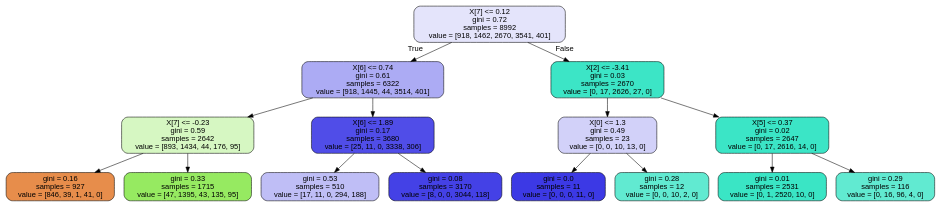
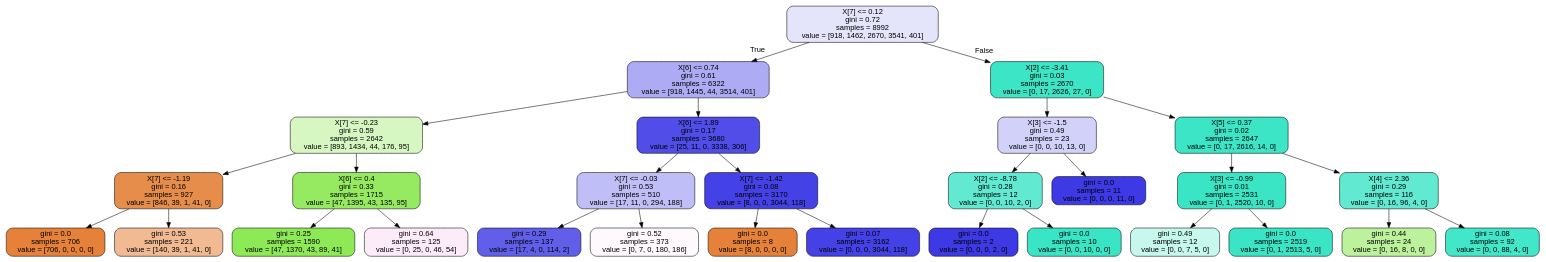
One commit to ericaltenburg/TXStateREU changed the diagram in tree.dot. Above: the diagram before and after it, drawn with Graphviz. The commit also changed 5 other files, not shown here.

```diff
--- a/tree.dot
+++ b/tree.dot
@@ -1,33 +1,61 @@
 digraph Tree {
 node [shape=box, style="filled, rounded", color="black", fontname=helvetica] ;
 edge [fontname=helvetica] ;
 0 [label="X[7] <= 0.12\ngini = 0.72\nsamples = 8992\nvalue = [918, 1462, 2670, 3541, 401]", fillcolor="#e4e4fb"] ;
 1 [label="X[6] <= 0.74\ngini = 0.61\nsamples = 6322\nvalue = [918, 1445, 44, 3514, 401]", fillcolor="#acabf4"] ;
 0 -> 1 [labeldistance=2.5, labelangle=45, headlabel="True"] ;
 2 [label="X[7] <= -0.23\ngini = 0.59\nsamples = 2642\nvalue = [893, 1434, 44, 176, 95]", fillcolor="#d6f7c2"] ;
 1 -> 2 ;
-3 [label="gini = 0.16\nsamples = 927\nvalue = [846, 39, 1, 41, 0]", fillcolor="#e78d4b"] ;
+3 [label="X[7] <= -1.19\ngini = 0.16\nsamples = 927\nvalue = [846, 39, 1, 41, 0]", fillcolor="#e78d4b"] ;
 2 -> 3 ;
-4 [label="gini = 0.33\nsamples = 1715\nvalue = [47, 1395, 43, 135, 95]", fillcolor="#96ea61"] ;
-2 -> 4 ;
-5 [label="X[6] <= 1.89\ngini = 0.17\nsamples = 3680\nvalue = [25, 11, 0, 3338, 306]", fillcolor="#504de8"] ;
-1 -> 5 ;
-6 [label="gini = 0.53\nsamples = 510\nvalue = [17, 11, 0, 294, 188]", fillcolor="#bfbef6"] ;
-5 -> 6 ;
-7 [label="gini = 0.08\nsamples = 3170\nvalue = [8, 0, 0, 3044, 118]", fillcolor="#4441e6"] ;
-5 -> 7 ;
-8 [label="X[2] <= -3.41\ngini = 0.03\nsamples = 2670\nvalue = [0, 17, 2626, 27, 0]", fillcolor="#3ce5c6"] ;
-0 -> 8 [labeldistance=2.5, labelangle=-45, headlabel="False"] ;
-9 [label="X[0] <= 1.3\ngini = 0.49\nsamples = 23\nvalue = [0, 0, 10, 13, 0]", fillcolor="#d2d1f9"] ;
-8 -> 9 ;
-10 [label="gini = 0.0\nsamples = 11\nvalue = [0, 0, 0, 11, 0]", fillcolor="#3c39e5"] ;
+4 [label="gini = 0.0\nsamples = 706\nvalue = [706, 0, 0, 0, 0]", fillcolor="#e58139"] ;
+3 -> 4 ;
+5 [label="gini = 0.53\nsamples = 221\nvalue = [140, 39, 1, 41, 0]", fillcolor="#f1ba92"] ;
+3 -> 5 ;
+6 [label="X[6] <= 0.4\ngini = 0.33\nsamples = 1715\nvalue = [47, 1395, 43, 135, 95]", fillcolor="#96ea61"] ;
+2 -> 6 ;
+7 [label="gini = 0.25\nsamples = 1590\nvalue = [47, 1370, 43, 89, 41]", fillcolor="#8ee956"] ;
+6 -> 7 ;
+8 [label="gini = 0.64\nsamples = 125\nvalue = [0, 25, 0, 46, 54]", fillcolor="#fcebf9"] ;
+6 -> 8 ;
+9 [label="X[6] <= 1.89\ngini = 0.17\nsamples = 3680\nvalue = [25, 11, 0, 3338, 306]", fillcolor="#504de8"] ;
+1 -> 9 ;
+10 [label="X[7] <= -0.03\ngini = 0.53\nsamples = 510\nvalue = [17, 11, 0, 294, 188]", fillcolor="#bfbef6"] ;
 9 -> 10 ;
-11 [label="gini = 0.28\nsamples = 12\nvalue = [0, 0, 10, 2, 0]", fillcolor="#61ead1"] ;
-9 -> 11 ;
-12 [label="X[5] <= 0.37\ngini = 0.02\nsamples = 2647\nvalue = [0, 17, 2616, 14, 0]", fillcolor="#3be5c6"] ;
-8 -> 12 ;
-13 [label="gini = 0.01\nsamples = 2531\nvalue = [0, 1, 2520, 10, 0]", fillcolor="#3ae5c5"] ;
-12 -> 13 ;
-14 [label="gini = 0.29\nsamples = 116\nvalue = [0, 16, 96, 4, 0]", fillcolor="#61ead1"] ;
-12 -> 14 ;
+11 [label="gini = 0.29\nsamples = 137\nvalue = [17, 4, 0, 114, 2]", fillcolor="#615fea"] ;
+10 -> 11 ;
+12 [label="gini = 0.52\nsamples = 373\nvalue = [0, 7, 0, 180, 186]", fillcolor="#fef9fd"] ;
+10 -> 12 ;
+13 [label="X[7] <= -1.42\ngini = 0.08\nsamples = 3170\nvalue = [8, 0, 0, 3044, 118]", fillcolor="#4441e6"] ;
+9 -> 13 ;
+14 [label="gini = 0.0\nsamples = 8\nvalue = [8, 0, 0, 0, 0]", fillcolor="#e58139"] ;
+13 -> 14 ;
+15 [label="gini = 0.07\nsamples = 3162\nvalue = [0, 0, 0, 3044, 118]", fillcolor="#4441e6"] ;
+13 -> 15 ;
+16 [label="X[2] <= -3.41\ngini = 0.03\nsamples = 2670\nvalue = [0, 17, 2626, 27, 0]", fillcolor="#3ce5c6"] ;
+0 -> 16 [labeldistance=2.5, labelangle=-45, headlabel="False"] ;
+17 [label="X[3] <= -1.5\ngini = 0.49\nsamples = 23\nvalue = [0, 0, 10, 13, 0]", fillcolor="#d2d1f9"] ;
+16 -> 17 ;
+18 [label="X[2] <= -8.78\ngini = 0.28\nsamples = 12\nvalue = [0, 0, 10, 2, 0]", fillcolor="#61ead1"] ;
+17 -> 18 ;
+19 [label="gini = 0.0\nsamples = 2\nvalue = [0, 0, 0, 2, 0]", fillcolor="#3c39e5"] ;
+18 -> 19 ;
+20 [label="gini = 0.0\nsamples = 10\nvalue = [0, 0, 10, 0, 0]", fillcolor="#39e5c5"] ;
+18 -> 20 ;
+21 [label="gini = 0.0\nsamples = 11\nvalue = [0, 0, 0, 11, 0]", fillcolor="#3c39e5"] ;
+17 -> 21 ;
+22 [label="X[5] <= 0.37\ngini = 0.02\nsamples = 2647\nvalue = [0, 17, 2616, 14, 0]", fillcolor="#3be5c6"] ;
+16 -> 22 ;
+23 [label="X[3] <= -0.99\ngini = 0.01\nsamples = 2531\nvalue = [0, 1, 2520, 10, 0]", fillcolor="#3ae5c5"] ;
+22 -> 23 ;
+24 [label="gini = 0.49\nsamples = 12\nvalue = [0, 0, 7, 5, 0]", fillcolor="#c6f8ee"] ;
+23 -> 24 ;
+25 [label="gini = 0.0\nsamples = 2519\nvalue = [0, 1, 2513, 5, 0]", fillcolor="#39e5c5"] ;
+23 -> 25 ;
+26 [label="X[4] <= 2.36\ngini = 0.29\nsamples = 116\nvalue = [0, 16, 96, 4, 0]", fillcolor="#61ead1"] ;
+22 -> 26 ;
+27 [label="gini = 0.44\nsamples = 24\nvalue = [0, 16, 8, 0, 0]", fillcolor="#bdf29c"] ;
+26 -> 27 ;
+28 [label="gini = 0.08\nsamples = 92\nvalue = [0, 0, 88, 4, 0]", fillcolor="#42e6c8"] ;
+26 -> 28 ;
 }
```
